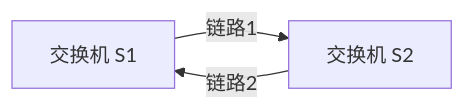
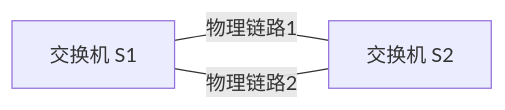
The first of 3 diagrams in 01_综合知识/01_计算机系统基础知识/03_计算机网络/04_局域网与二层技术/STP与链路聚合.md (74262195/system-architect-notes), drawn with Mermaid before and after one commit. The commit also changed other lines of this file, not shown here.

Commit message:
docs: fix STP diagram directionality

````diff
--- a/01_综合知识/01_计算机系统基础知识/03_计算机网络/04_局域网与二层技术/STP与链路聚合.md
+++ b/01_综合知识/01_计算机系统基础知识/03_计算机网络/04_局域网与二层技术/STP与链路聚合.md
@@ -46,5 +46,5 @@
 ```mermaid
 flowchart LR
-    S1[交换机 S1] -->|链路1| S2[交换机 S2]
-    S2 -->|链路2| S1
+    S1[交换机 S1] ---|物理链路1| S2[交换机 S2]
+    S1 ---|物理链路2| S2
 ```
````
